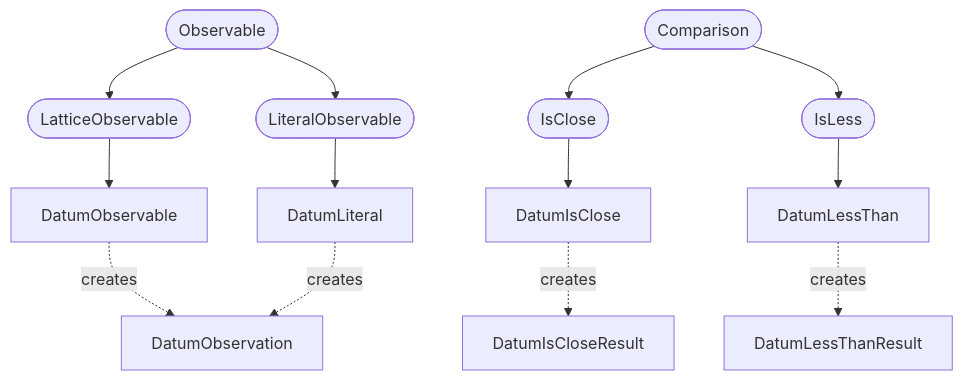
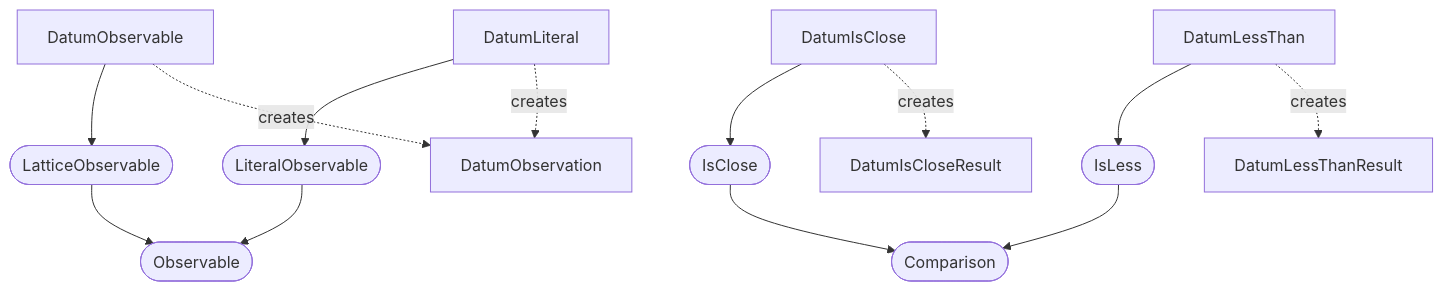
The first of 2 diagrams in docs/constraints/api/datum.md (bmad-sim/pytao), drawn with Mermaid before and after one commit. The commit also changed other lines of this file and 1 other file, not shown here.

Commit message:
reverse flow charts

````diff
--- a/docs/constraints/api/datum.md
+++ b/docs/constraints/api/datum.md
@@ -8,15 +8,15 @@
 ```mermaid
 flowchart TD
-    Observable([Observable]) --> LatticeObservable([LatticeObservable])
-    Observable --> LiteralObservable([LiteralObservable])
-    LatticeObservable --> DatumObservable[DatumObservable]
-    LiteralObservable --> DatumLiteral[DatumLiteral]
-    Comparison([Comparison]) --> IsClose([IsClose])
-    Comparison --> IsLess([IsLess])
-    IsClose --> DatumIsClose[DatumIsClose]
-    IsLess --> DatumLessThan[DatumLessThan]
+    LatticeObservable([LatticeObservable]) --> Observable([Observable])
+    LiteralObservable([LiteralObservable]) --> Observable
+    DatumObservable[DatumObservable] --> LatticeObservable
+    DatumLiteral[DatumLiteral] --> LiteralObservable
+    IsClose([IsClose]) --> Comparison([Comparison])
+    IsLess([IsLess]) --> Comparison
+    DatumIsClose[DatumIsClose] --> IsClose
+    DatumLessThan[DatumLessThan] --> IsLess
     DatumObservable -. creates .-> DatumObservation[DatumObservation]
     DatumLiteral -. creates .-> DatumObservation
     DatumIsClose -. creates .-> DatumIsCloseResult[DatumIsCloseResult]
     DatumLessThan -. creates .-> DatumLessThanResult[DatumLessThanResult]
 ```
````
